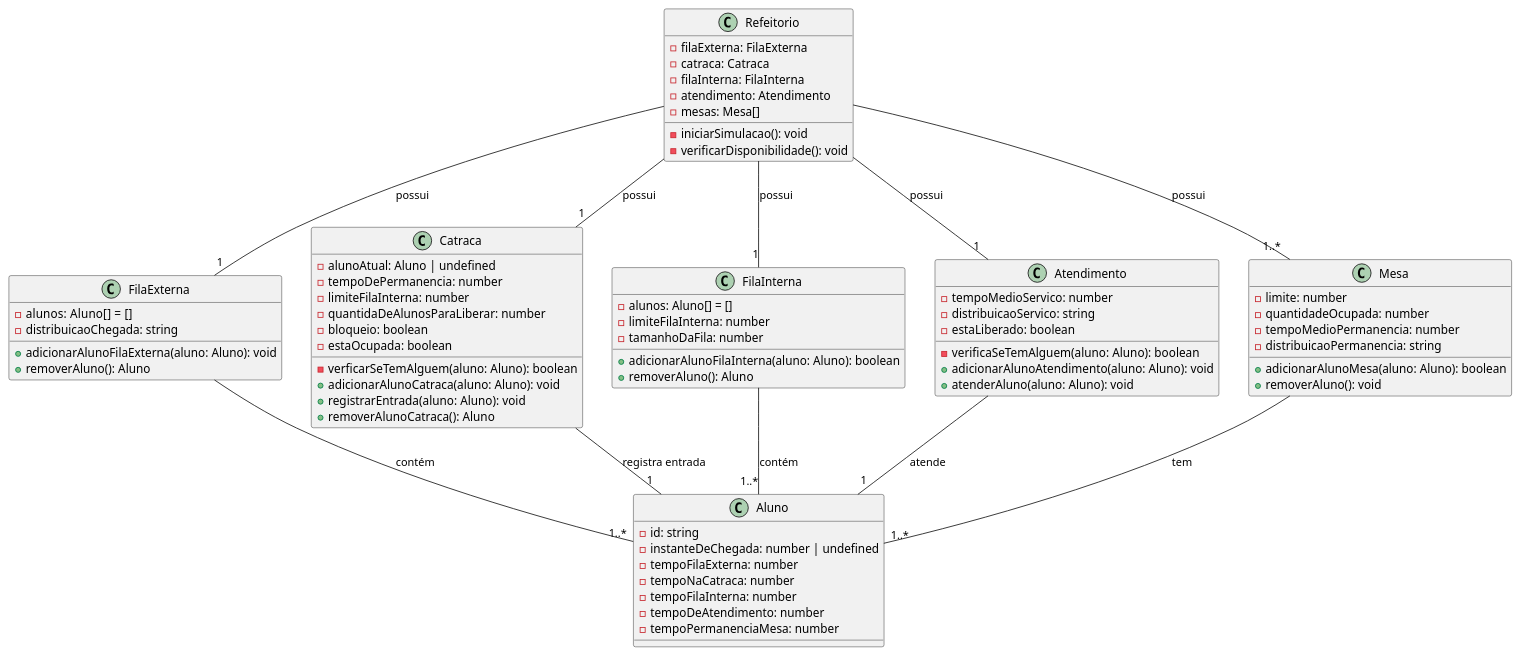
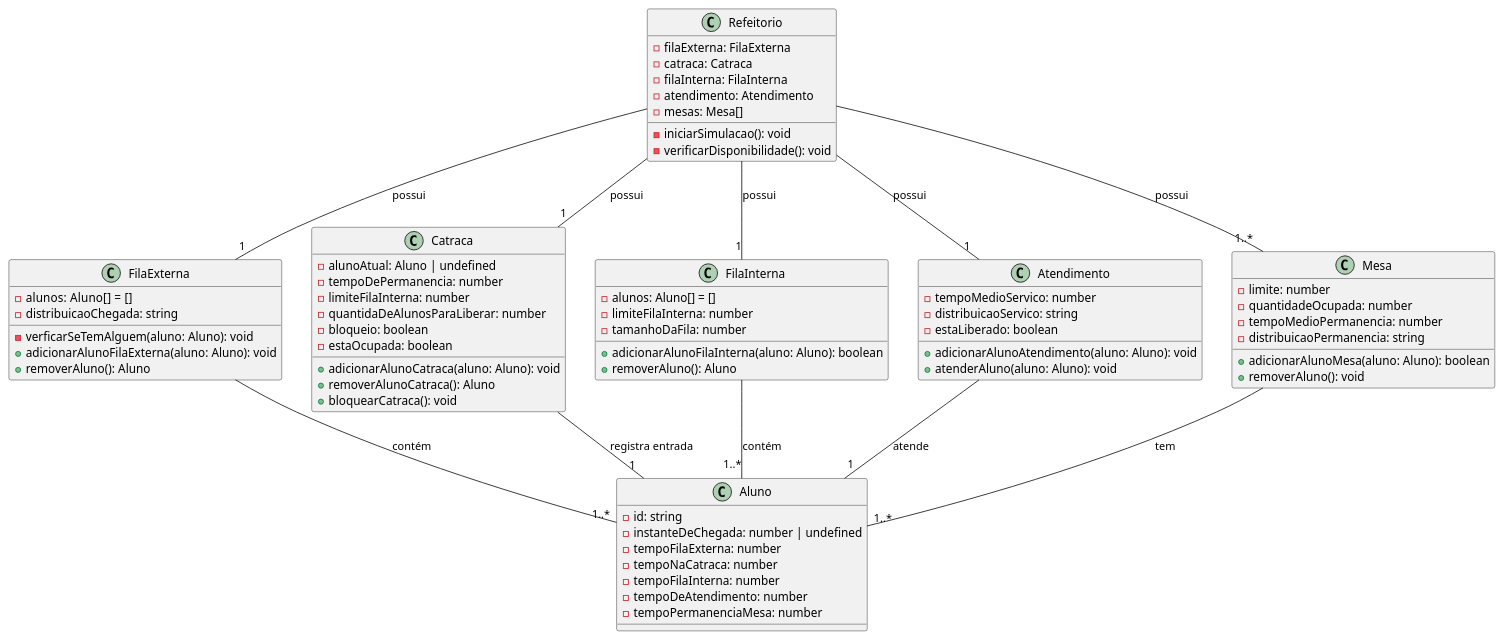
Before and after one commit to j-nilton/sfr-template: the diagram in design/system.plantuml, drawn with PlantUML. The commit also changed 7 other files, not shown here.

Commit message:
Início da implementação dos métodos das classes do arquivo e sistema (filaExterna e Catraca) e com isso o início do tratament o de erros nesses métodos

```diff
--- a/design/system.plantuml
+++ b/design/system.plantuml
@@ -1,78 +1,77 @@
-@startuml Arquivo Sistema
+@startuml Sistema 
 class Aluno {
     -id: string
     -instanteDeChegada: number | undefined
     -tempoFilaExterna: number
     -tempoNaCatraca: number
     -tempoFilaInterna: number
     -tempoDeAtendimento: number
     -tempoPermanenciaMesa: number
 }
 
 class FilaExterna {
     -alunos: Aluno[]  = []
     -distribuicaoChegada: string
+    -verficarSeTemAlguem(aluno: Aluno): void
     +adicionarAlunoFilaExterna(aluno: Aluno): void
     +removerAluno(): Aluno
 }
 
 class Catraca {
     -alunoAtual: Aluno | undefined
     -tempoDePermanencia: number
     -limiteFilaInterna: number
     -quantidaDeAlunosParaLiberar: number
     -bloqueio: boolean
     -estaOcupada: boolean
-    -verficarSeTemAlguem(aluno: Aluno): boolean
     +adicionarAlunoCatraca(aluno: Aluno): void
-    +registrarEntrada(aluno: Aluno): void
     +removerAlunoCatraca(): Aluno
+    +bloquearCatraca(): void 
 }
 
 class FilaInterna {
     -alunos: Aluno[] = []
     -limiteFilaInterna: number
     -tamanhoDaFila: number
     +adicionarAlunoFilaInterna(aluno: Aluno): boolean
     +removerAluno(): Aluno
 }
 
 class Atendimento {
     -tempoMedioServico: number
     -distribuicaoServico: string
     -estaLiberado: boolean
-    -verificaSeTemAlguem(aluno: Aluno): boolean
     +adicionarAlunoAtendimento(aluno: Aluno): void
     +atenderAluno(aluno: Aluno): void
 }
 
 class Mesa {
     -limite: number
     -quantidadeOcupada: number
     -tempoMedioPermanencia: number
     -distribuicaoPermanencia: string
     +adicionarAlunoMesa(aluno: Aluno): boolean
     +removerAluno(): void
 }
 
 class Refeitorio {
     -filaExterna: FilaExterna
     -catraca: Catraca
     -filaInterna: FilaInterna
     -atendimento: Atendimento
     -mesas: Mesa[]
     -iniciarSimulacao(): void
     -verificarDisponibilidade(): void
 }
 
 FilaExterna -- "1..*" Aluno : "contém"
 FilaInterna -- "1..*" Aluno : "contém"
 Catraca -- "1" Aluno : "registra entrada"
 Atendimento -- "1" Aluno: "atende"
 Mesa -- "1..*" Aluno : "tem"
 Refeitorio -- "1" FilaExterna : "possui"
 Refeitorio -- "1" Catraca : "possui"
 Refeitorio -- "1" FilaInterna : "possui"
 Refeitorio -- "1" Atendimento : "possui"
 Refeitorio -- "1..*" Mesa : "possui"
 @enduml
```
